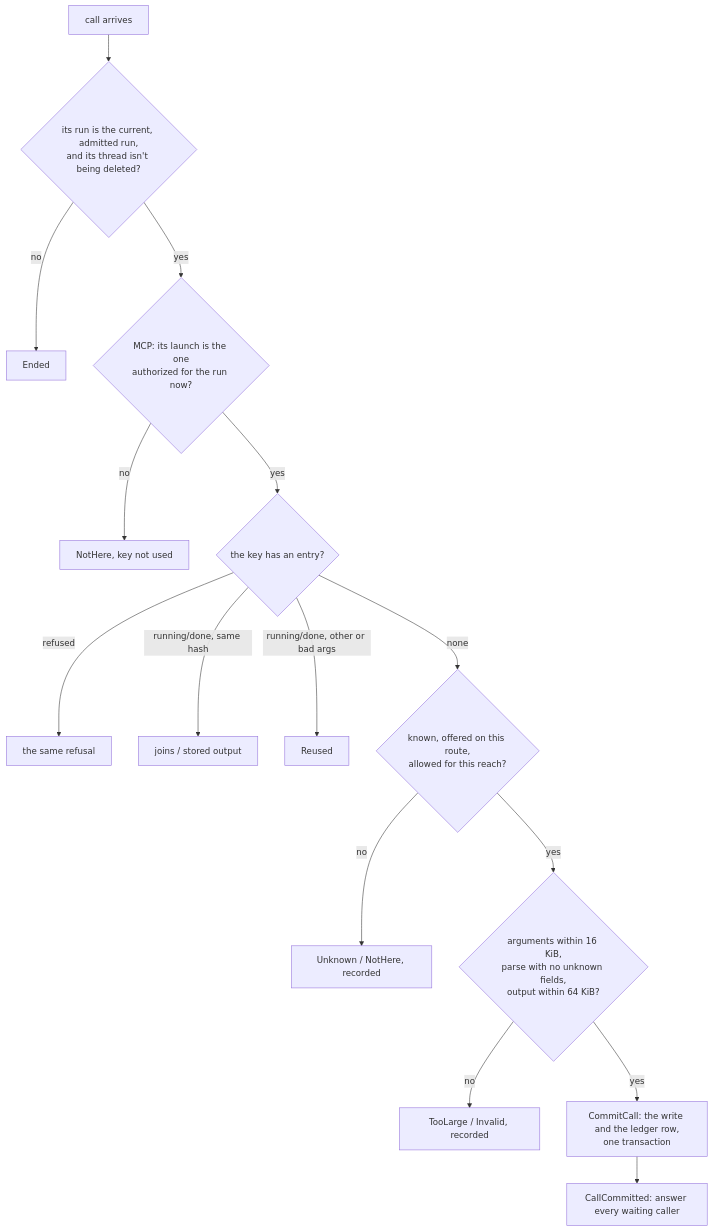
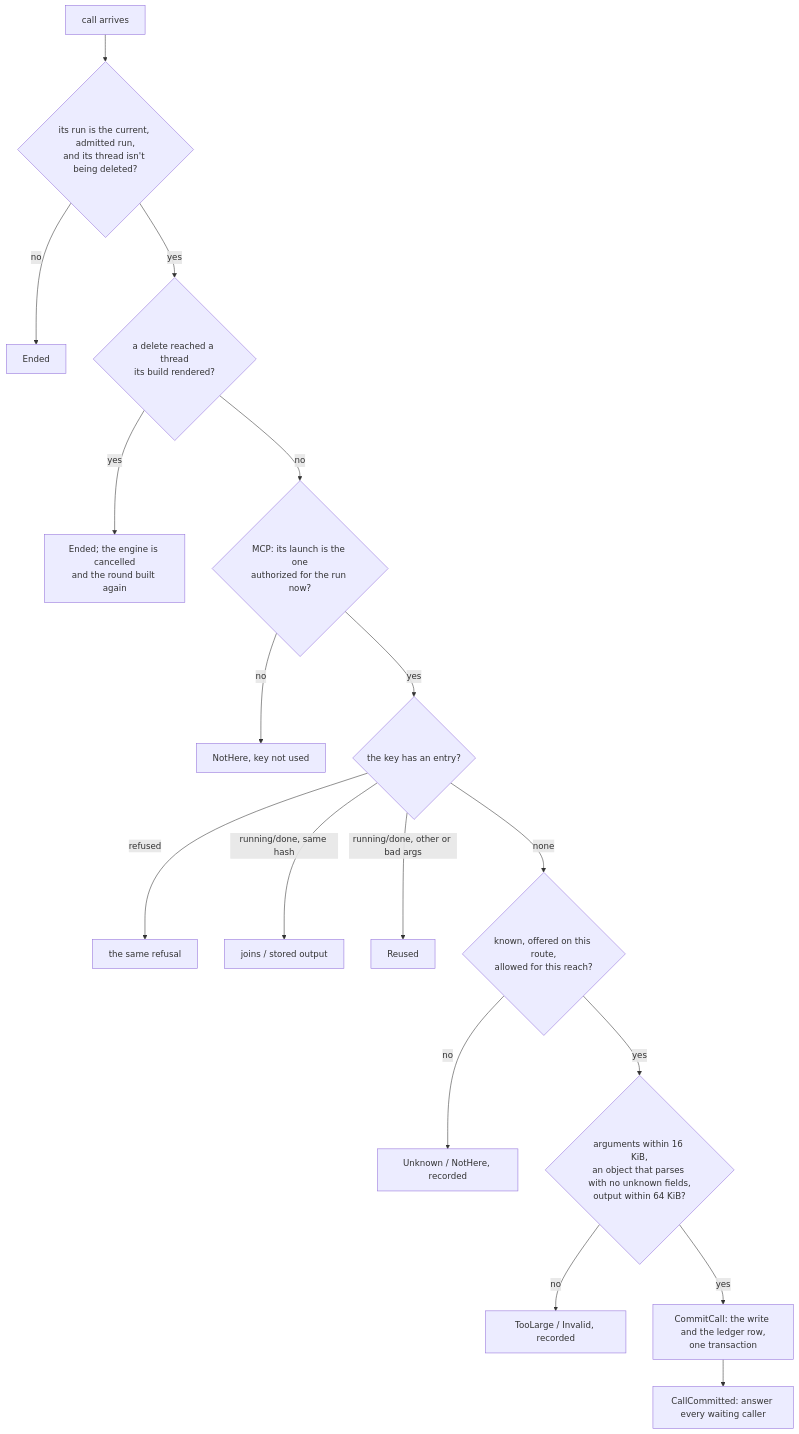
One commit to labcoder/capsula changed the diagram in docs/development/tools.md. Above: the diagram before and after it, drawn with Mermaid. The commit also changed other lines of this file and 8 other files, not shown here.

Commit message:
fix(brain): refuse calls from a build a delete reached, and the review's lows

````diff
--- a/docs/development/tools.md
+++ b/docs/development/tools.md
@@ -25,17 +25,19 @@
 ```mermaid
 flowchart TD
     A[call arrives] --> B{its run is the current, admitted run,<br/>and its thread isn't being deleted?}
     B -- no --> E1[Ended]
-    B -- yes --> C{MCP: its launch is the one<br/>authorized for the run now?}
+    B -- yes --> V{a delete reached a thread<br/>its build rendered?}
+    V -- yes --> E7[Ended; the engine is cancelled<br/>and the round built again]
+    V -- no --> C{MCP: its launch is the one<br/>authorized for the run now?}
     C -- no --> E2[NotHere, key not used]
     C -- yes --> D{the key has an entry?}
     D -- refused --> E3[the same refusal]
     D -- running/done, same hash --> J[joins / stored output]
     D -- running/done, other or bad args --> E4[Reused]
     D -- none --> F{known, offered on this route,<br/>allowed for this reach?}
     F -- no --> E5[Unknown / NotHere, recorded]
-    F -- yes --> G{arguments within 16 KiB,<br/>parse with no unknown fields,<br/>output within 64 KiB?}
+    F -- yes --> G{arguments within 16 KiB,<br/>an object that parses with no unknown fields,<br/>output within 64 KiB?}
     G -- no --> E6[TooLarge / Invalid, recorded]
     G -- yes --> H[CommitCall: the write and the ledger row,<br/>one transaction]
     H --> I[CallCommitted: answer every waiting caller]
 ```
````
